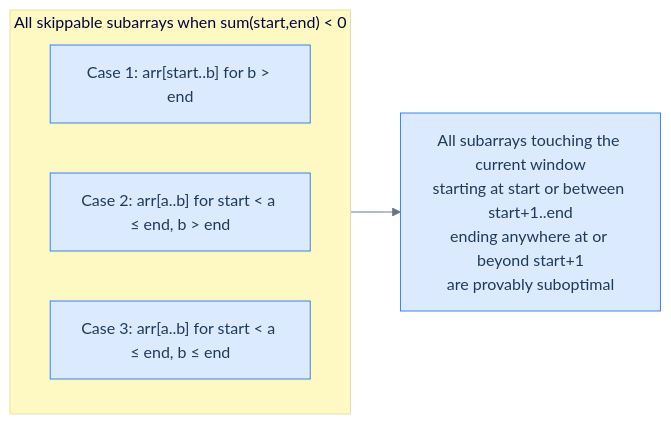
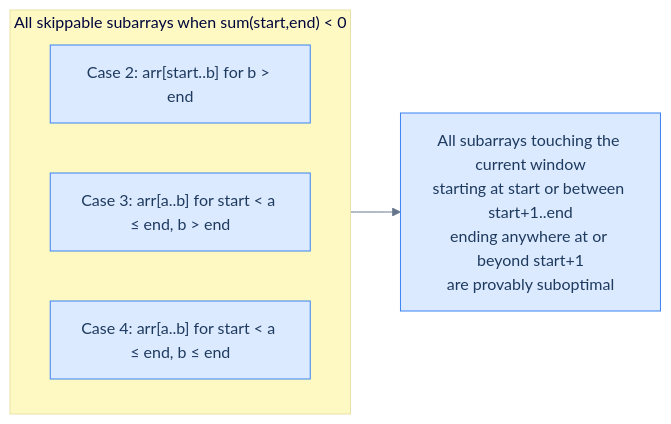
Before and after one commit to ani2fun/codefolio: diagram 15 of 16 in content/cortex/data-structures-and-algorithms/02-linear-structures/01-arrays/09-pattern-variable-sliding-window/01-pattern.md, drawn with Mermaid. The commit also changed other lines of this file and 718 other files, not shown here.

````diff
--- a/content/cortex/data-structures-and-algorithms/02-linear-structures/01-arrays/09-pattern-variable-sliding-window/01-pattern.md
+++ b/content/cortex/data-structures-and-algorithms/02-linear-structures/01-arrays/09-pattern-variable-sliding-window/01-pattern.md
@@ -1068,22 +3129,22 @@
 ```mermaid
 ---
 config:
   theme: base
   themeVariables:
     primaryColor: "#dbeafe"
     primaryBorderColor: "#3b82f6"
     primaryTextColor: "#1e3a5f"
     lineColor: "#64748b"
     secondaryColor: "#ede9fe"
     tertiaryColor: "#fef9c3"
 ---
 flowchart LR
     subgraph Skip["All skippable subarrays when sum(start,end) < 0"]
         direction LR
-        C1["Case 1: arr[start..b] for b > end"]
-        C2["Case 2: arr[a..b] for start < a ≤ end, b > end"]
-        C3["Case 3: arr[a..b] for start < a ≤ end, b ≤ end"]
+        C1["Case 2: arr[start..b] for b > end"]
+        C2["Case 3: arr[a..b] for start < a ≤ end, b > end"]
+        C3["Case 4: arr[a..b] for start < a ≤ end, b ≤ end"]
     end
     Conc["All subarrays touching the current window<br/>starting at start or between start+1..end<br/>ending anywhere at or beyond start+1<br/>are provably suboptimal"]
     Skip --> Conc
 ```
````
